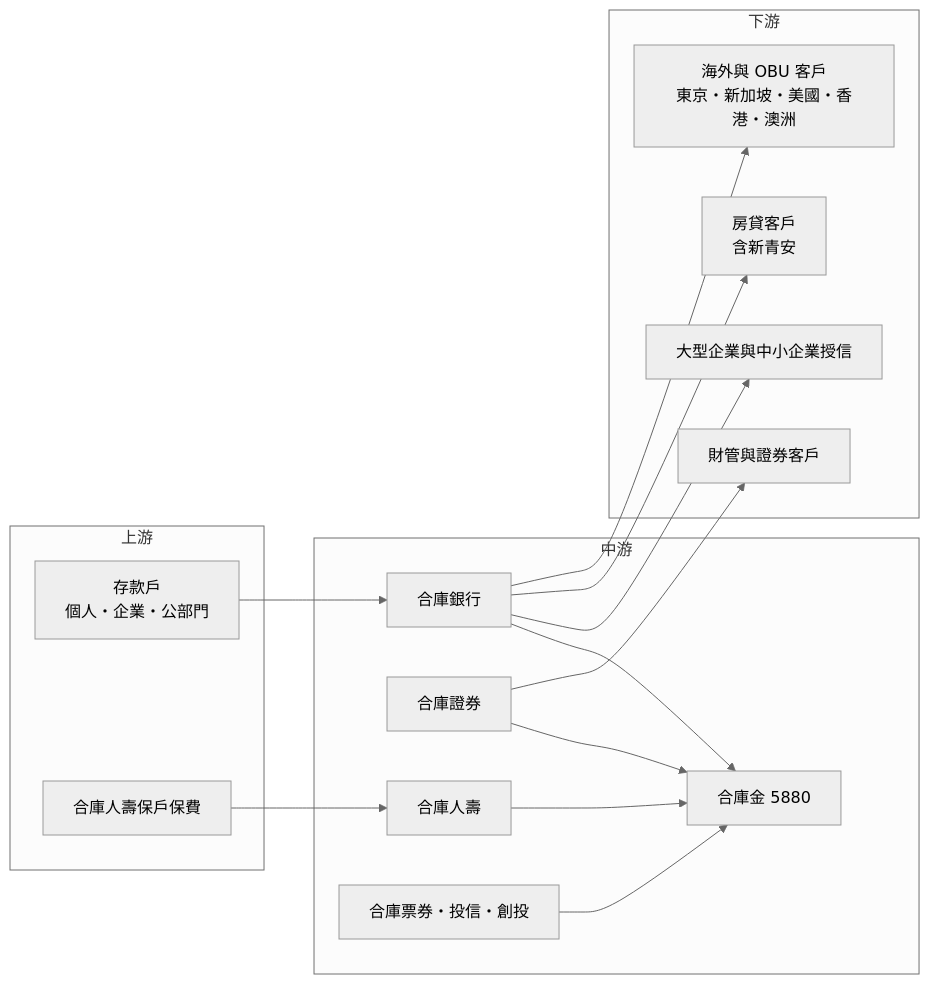
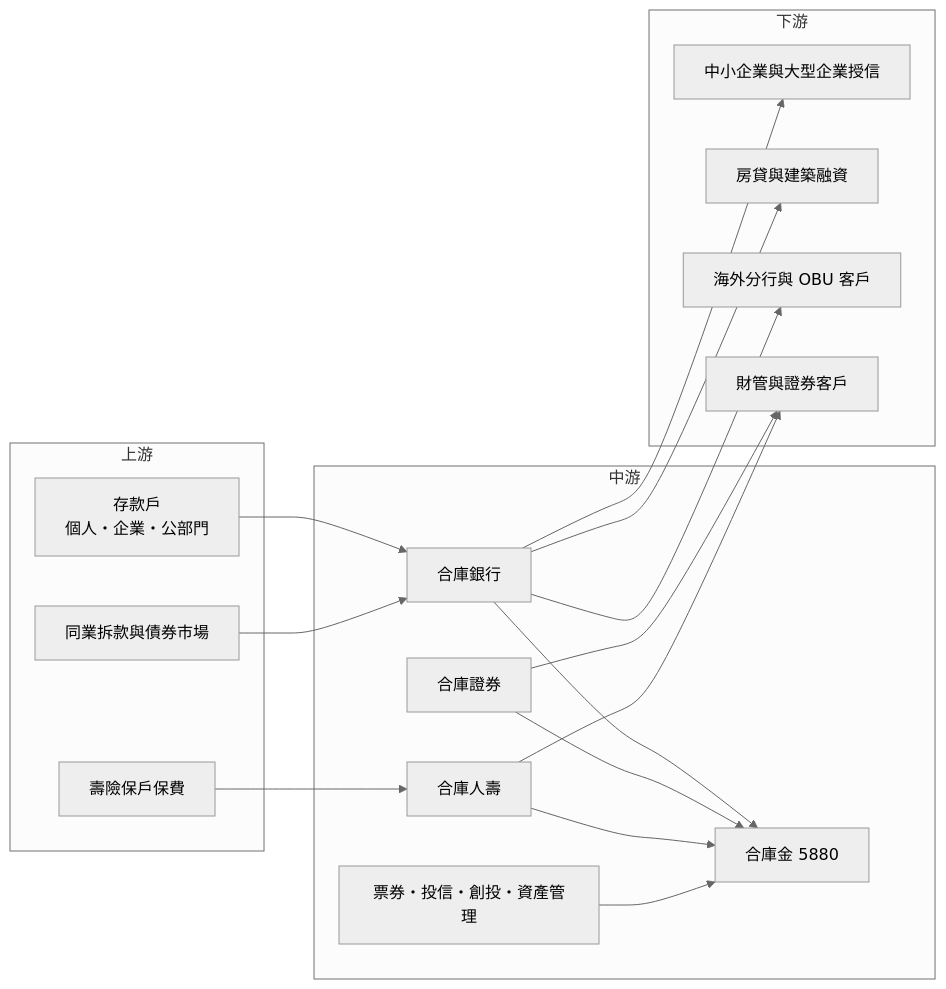
Before and after one commit to wangnick1004/taiwan-stock-vault: the fourth of 4 diagrams in 個股/台股/5880合庫金.md, drawn with Mermaid (neutral theme). The commit also changed other lines of this file and 6 other files, not shown here.

````diff
--- a/個股/台股/5880合庫金.md
+++ b/個股/台股/5880合庫金.md
@@ -223,30 +225,33 @@
 ```mermaid
 flowchart LR
     subgraph 上游
         A1[存款戶<br/>個人・企業・公部門]
-        A2[合庫人壽保戶保費]
+        A2[壽險保戶保費]
+        A3[同業拆款與債券市場]
     end
     subgraph 中游
         B[合庫金 5880]
         B1[合庫銀行]
         B2[合庫證券]
         B3[合庫人壽]
-        B4[合庫票券・投信・創投]
+        B4[票券・投信・創投・資產管理]
     end
     subgraph 下游
-        C1[大型企業與中小企業授信]
-        C2[房貸客戶<br/>含新青安]
-        C3[海外與 OBU 客戶<br/>東京・新加坡・美國・香港・澳洲]
+        C1[中小企業與大型企業授信]
+        C2[房貸與建築融資]
+        C3[海外分行與 OBU 客戶]
         C4[財管與證券客戶]
     end
     A1 --> B1
     A2 --> B3
+    A3 --> B1
     B1 --> B
     B2 --> B
     B3 --> B
     B4 --> B
     B1 --> C1
     B1 --> C2
     B1 --> C3
     B2 --> C4
+    B3 --> C4
 ```
````
